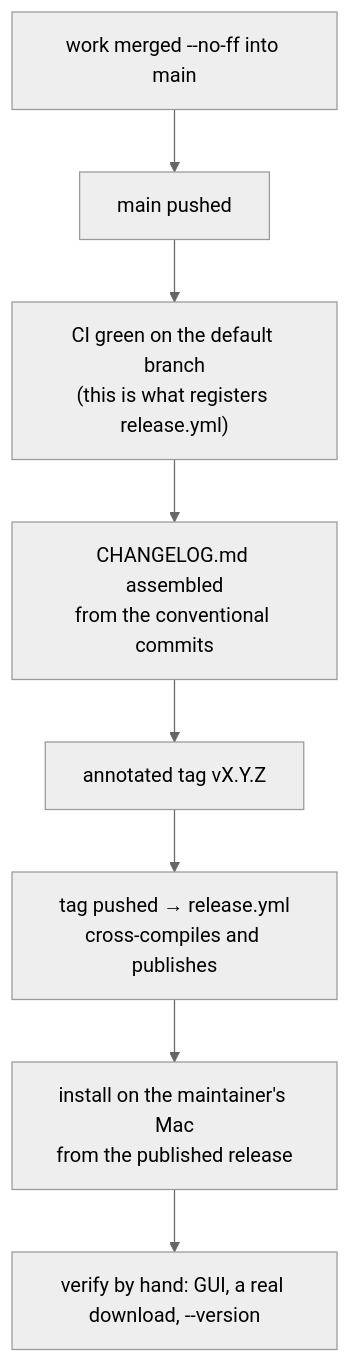
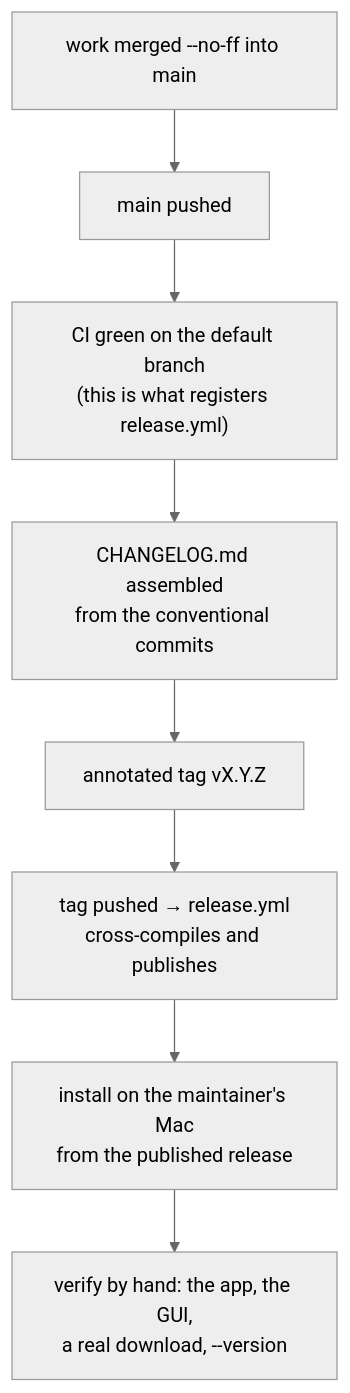
One commit to alergyonthestage/ytdl changed the diagram in docs/maintainers/distribution/guides/releasing.md. Above: the diagram before and after it, drawn with Mermaid (neutral theme). The commit also changed other lines of this file and 8 other files, not shown here.

````diff
--- a/docs/maintainers/distribution/guides/releasing.md
+++ b/docs/maintainers/distribution/guides/releasing.md
@@ -9,10 +9,10 @@
 ```mermaid
 flowchart TD
   A["work merged --no-ff into main"] --> B["main pushed"]
   B --> C["CI green on the default branch<br/>(this is what registers release.yml)"]
   C --> D["CHANGELOG.md assembled<br/>from the conventional commits"]
   D --> E["annotated tag vX.Y.Z"]
   E --> F["tag pushed → release.yml<br/>cross-compiles and publishes"]
   F --> G["install on the maintainer's Mac<br/>from the published release"]
-  G --> H["verify by hand: GUI, a real download, --version"]
+  G --> H["verify by hand: the app, the GUI,<br/>a real download, --version"]
 ```
````
